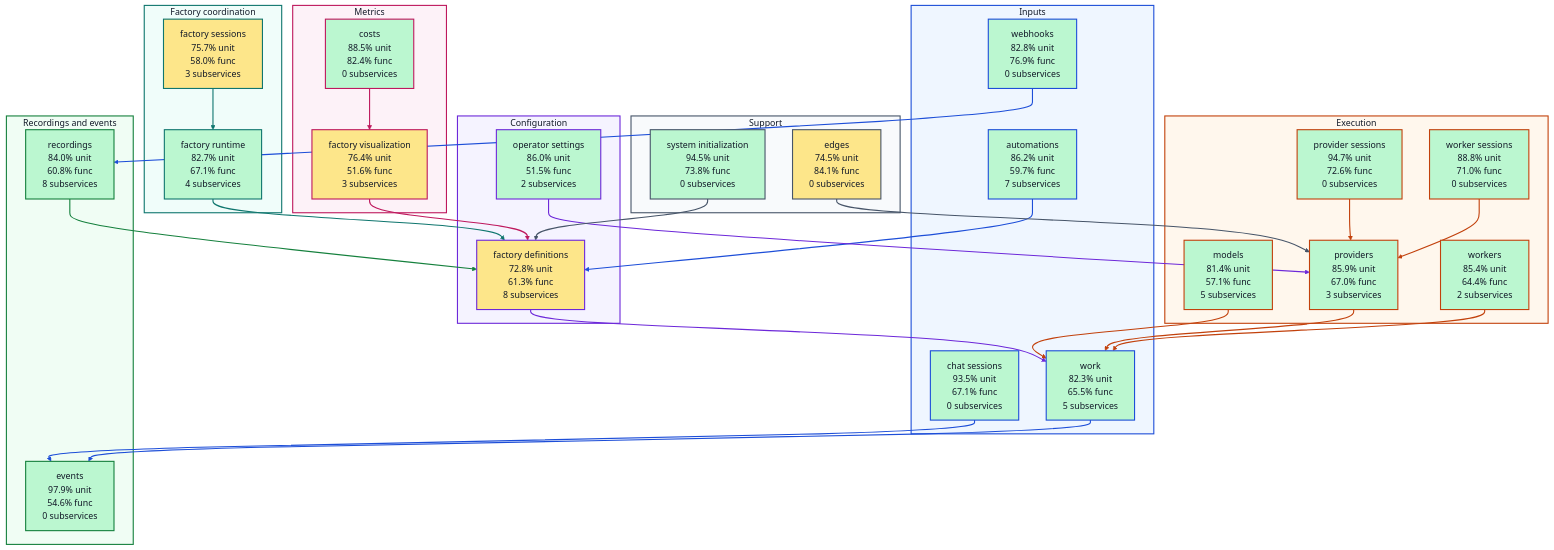
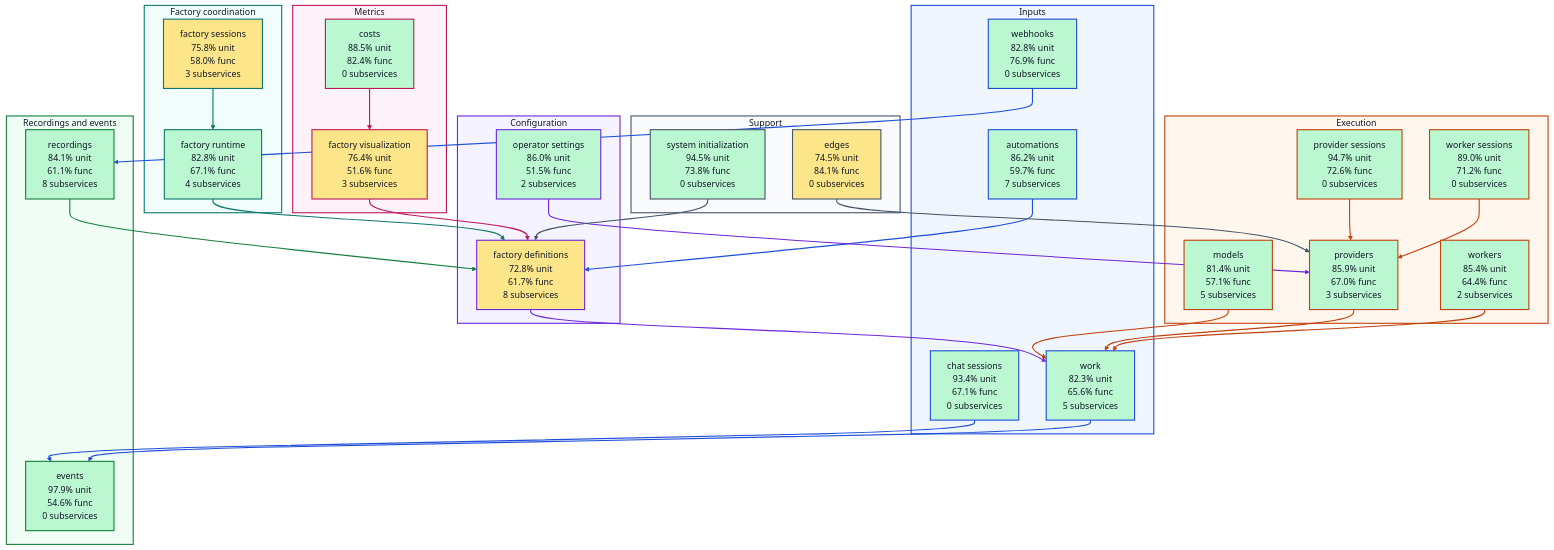
Before and after one commit to portpowered/you-agent-factory: the diagram in docs/architecture/visualizations/high-level-test-coverage.md, drawn with Mermaid (forest theme). The commit also changed other lines of this file and 20 other files, not shown here.

Commit message:
docs: refresh backend architecture visualizations

```diff
--- a/docs/architecture/visualizations/high-level-test-coverage.md
+++ b/docs/architecture/visualizations/high-level-test-coverage.md
@@ -12,28 +12,28 @@
 flowchart TB
   subgraph input["Inputs"]
     s_services_automations["automations<br/>86.2% unit<br/>59.7% func<br/>7 subservices"]
-    s_services_chat_sessions["chat sessions<br/>93.5% unit<br/>67.1% func<br/>0 subservices"]
+    s_services_chat_sessions["chat sessions<br/>93.4% unit<br/>67.1% func<br/>0 subservices"]
     s_services_webhooks["webhooks<br/>82.8% unit<br/>76.9% func<br/>0 subservices"]
-    s_services_work["work<br/>82.3% unit<br/>65.5% func<br/>5 subservices"]
+    s_services_work["work<br/>82.3% unit<br/>65.6% func<br/>5 subservices"]
   end
   subgraph configuration["Configuration"]
-    s_services_factory_definitions["factory definitions<br/>72.8% unit<br/>61.3% func<br/>8 subservices"]
+    s_services_factory_definitions["factory definitions<br/>72.8% unit<br/>61.7% func<br/>8 subservices"]
     s_services_operator_settings["operator settings<br/>86.0% unit<br/>51.5% func<br/>2 subservices"]
   end
   subgraph coordination["Factory coordination"]
-    s_services_factory_runtime["factory runtime<br/>82.7% unit<br/>67.1% func<br/>4 subservices"]
-    s_services_factory_sessions["factory sessions<br/>75.7% unit<br/>58.0% func<br/>3 subservices"]
+    s_services_factory_runtime["factory runtime<br/>82.8% unit<br/>67.1% func<br/>4 subservices"]
+    s_services_factory_sessions["factory sessions<br/>75.8% unit<br/>58.0% func<br/>3 subservices"]
   end
   subgraph execution["Execution"]
     s_services_models["models<br/>81.4% unit<br/>57.1% func<br/>5 subservices"]
     s_services_provider_sessions["provider sessions<br/>94.7% unit<br/>72.6% func<br/>0 subservices"]
     s_services_providers["providers<br/>85.9% unit<br/>67.0% func<br/>3 subservices"]
-    s_services_worker_sessions["worker sessions<br/>88.8% unit<br/>71.0% func<br/>0 subservices"]
+    s_services_worker_sessions["worker sessions<br/>89.0% unit<br/>71.2% func<br/>0 subservices"]
     s_services_workers["workers<br/>85.4% unit<br/>64.4% func<br/>2 subservices"]
   end
   subgraph recordings["Recordings and events"]
     s_services_events["events<br/>97.9% unit<br/>54.6% func<br/>0 subservices"]
-    s_services_recordings["recordings<br/>84.0% unit<br/>60.8% func<br/>8 subservices"]
+    s_services_recordings["recordings<br/>84.1% unit<br/>61.1% func<br/>8 subservices"]
   end
   subgraph metrics["Metrics"]
     s_services_costs["costs<br/>88.5% unit<br/>82.4% func<br/>0 subservices"]
```
